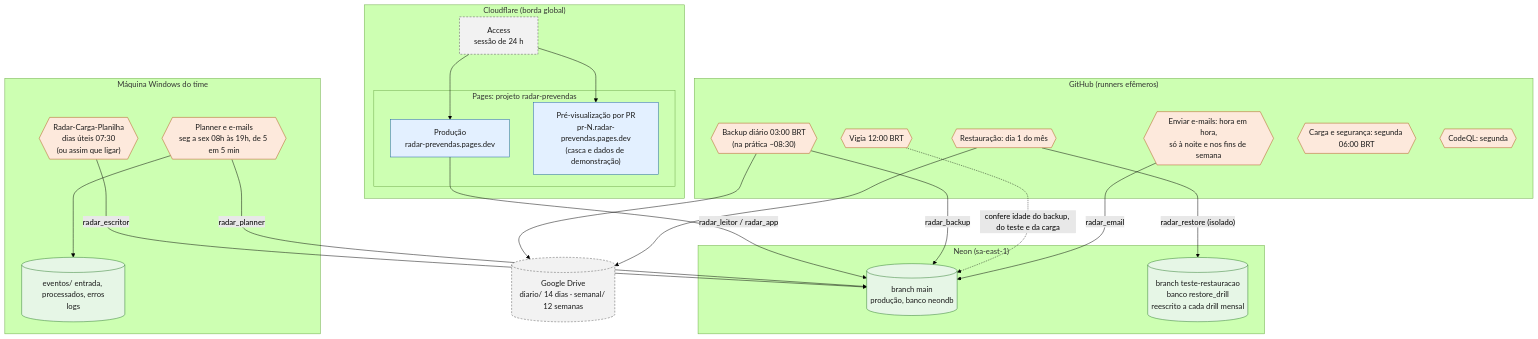
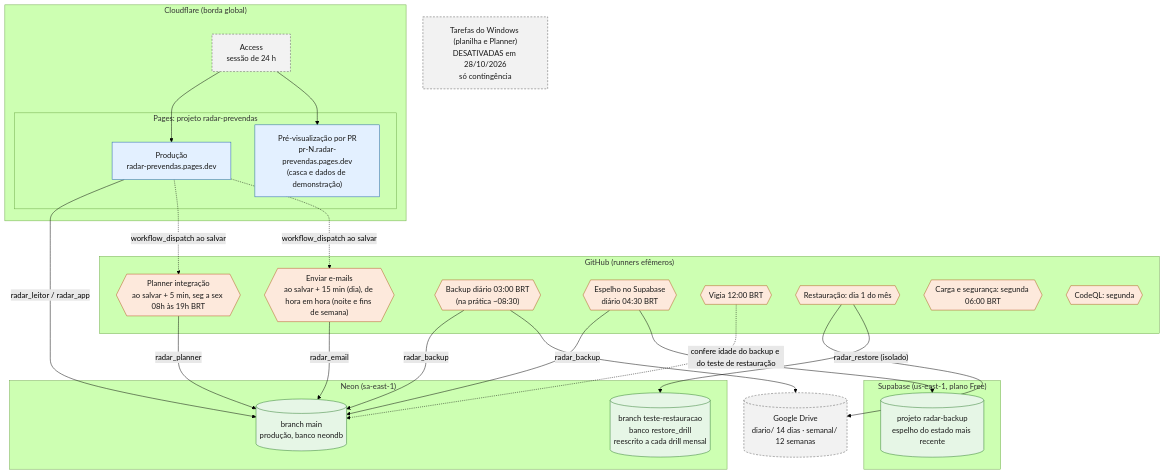
Before and after one commit to agentanalisedegoverno-svg/dashboard-metrics-team: the fourth of 22 diagrams in docs/DIAGRAMAS.md, drawn with Mermaid (forest theme). The commit also changed other lines of this file and 23 other files, not shown here.

Commit message:
docs: atualizar arquitetura, diagramas (D1 a D19, SVG) e documentos ao estado de 28/10/2026

````diff
--- a/docs/DIAGRAMAS.md
+++ b/docs/DIAGRAMAS.md
@@ -156,50 +158,53 @@
 ```mermaid
 flowchart TB
   classDef interno fill:#e3f0ff,stroke:#1f5fa8,color:#1a1a1a
   classDef dados fill:#e6f6e6,stroke:#2d7a2d,color:#1a1a1a
   classDef agenda fill:#fde9dc,stroke:#b4561d,color:#1a1a1a
   classDef externo fill:#f2f2f2,stroke:#555555,stroke-dasharray:4 3,color:#1a1a1a
 
   subgraph edge["Cloudflare (borda global)"]
     ACCESS["Access<br/>sessão de 24 h"]:::externo
     subgraph pages["Pages: projeto radar-prevendas"]
       PROD["Produção<br/>radar-prevendas.pages.dev"]:::interno
       PRV["Pré-visualização por PR<br/>pr-N.radar-prevendas.pages.dev<br/>(casca e dados de demonstração)"]:::interno
     end
   end
 
   subgraph nn["Neon (sa-east-1)"]
     MAIN[("branch main<br/>produção, banco neondb")]:::dados
     TESTE[("branch teste-restauracao<br/>banco restore_drill<br/>reescrito a cada drill mensal")]:::dados
   end
 
+  subgraph sbx["Supabase (us-east-1, plano Free)"]
+    ESPELHO[("projeto radar-backup<br/>espelho do estado mais recente")]:::dados
+  end
+
   subgraph ghr["GitHub (runners efêmeros)"]
+    P1{{"Planner integração<br/>ao salvar + 5 min, seg a sex 08h às 19h BRT"}}:::agenda
+    S3{{"Enviar e-mails<br/>ao salvar + 15 min (dia), de hora em hora (noite e fins de semana)"}}:::agenda
     S1{{"Backup diário 03:00 BRT<br/>(na prática ~08:30)"}}:::agenda
+    S7{{"Espelho no Supabase<br/>diário 04:30 BRT"}}:::agenda
     S2{{"Vigia 12:00 BRT"}}:::agenda
-    S3{{"Enviar e-mails: hora em hora,<br/>só à noite e nos fins de semana"}}:::agenda
     S4{{"Restauração: dia 1 do mês"}}:::agenda
     S5{{"Carga e segurança: segunda 06:00 BRT"}}:::agenda
     S6{{"CodeQL: segunda"}}:::agenda
   end
 
-  subgraph pc["Máquina Windows do time"]
-    T1{{"Radar-Carga-Planilha<br/>dias úteis 07:30<br/>(ou assim que ligar)"}}:::agenda
-    T2{{"Planner e e-mails<br/>seg a sex 08h às 19h, de 5 em 5 min"}}:::agenda
-    FS[("eventos/ entrada, processados, erros<br/>logs")]:::dados
-  end
-
+  WIN["Tarefas do Windows (planilha e Planner)<br/>DESATIVADAS em 28/10/2026<br/>só contingência"]:::externo
   DRIVE[("Google Drive<br/>diario/ 14 dias · semanal/ 12 semanas")]:::externo
 
   ACCESS --> PROD
   ACCESS --> PRV
   PROD -->|"radar_leitor / radar_app"| MAIN
+  PROD -.->|"workflow_dispatch ao salvar"| P1
+  PROD -.->|"workflow_dispatch ao salvar"| S3
+  P1 -->|"radar_planner"| MAIN
+  S3 -->|"radar_email"| MAIN
   S1 -->|"radar_backup"| MAIN
   S1 --> DRIVE
+  S7 -->|"radar_backup"| MAIN
+  S7 --> ESPELHO
   S4 --> DRIVE
   S4 -->|"radar_restore (isolado)"| TESTE
-  S2 -.->|"confere idade do backup, do teste e da carga"| MAIN
-  S3 -->|"radar_email"| MAIN
-  T1 -->|"radar_escritor"| MAIN
-  T2 -->|"radar_planner"| MAIN
-  T2 --> FS
+  S2 -.->|"confere idade do backup e do teste de restauração"| MAIN
 ```
````
